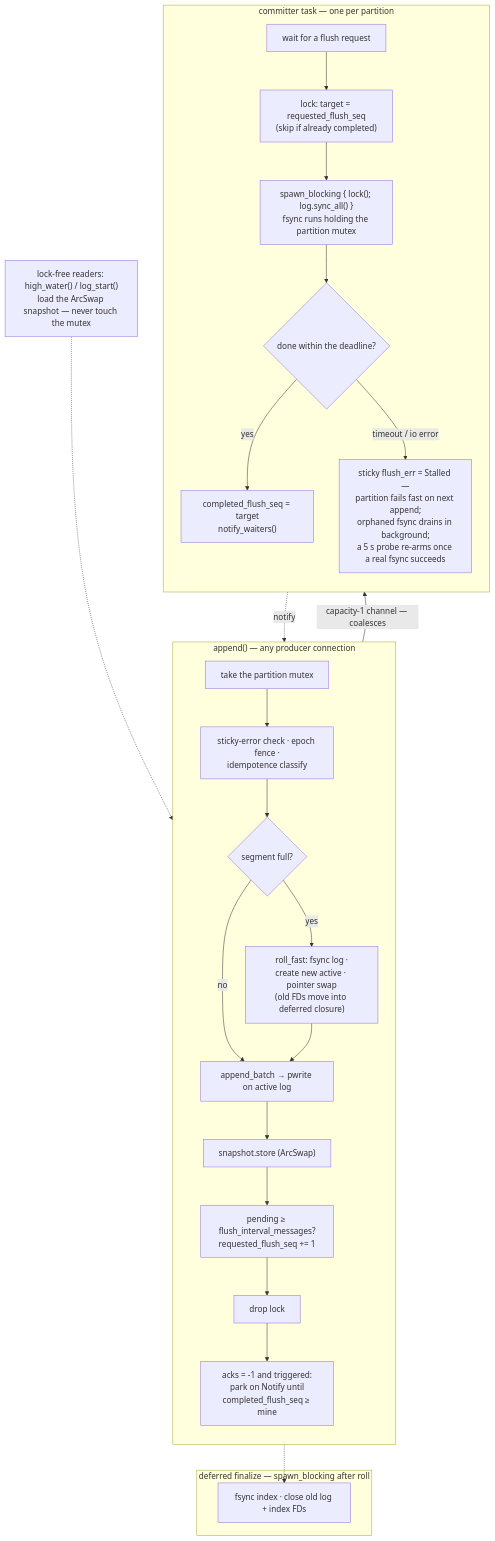
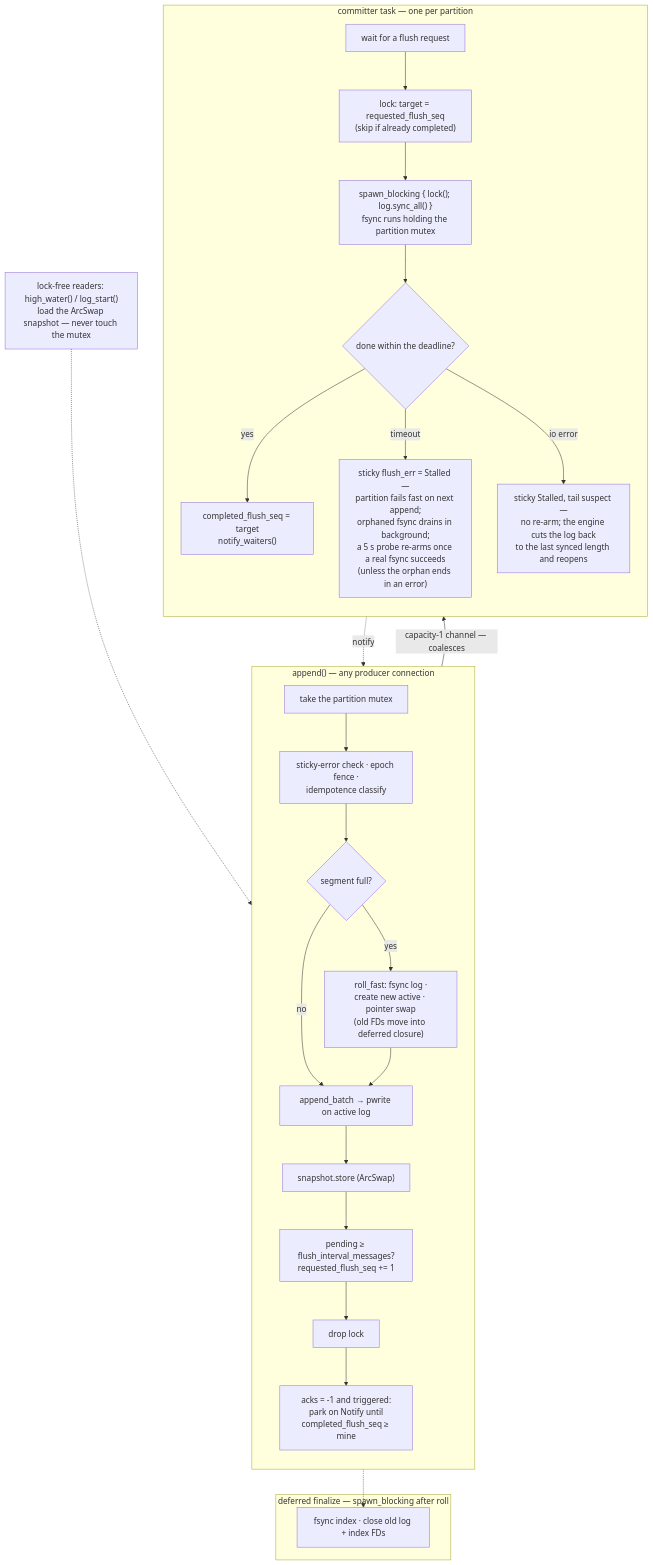
One commit to kaas-rs/kaas-broker changed the third of 3 diagrams in docs/src/architecture/storage-hot-path.md. Above: the diagram before and after it, drawn with Mermaid. The commit also changed other lines of this file and 5 other files, not shown here.

````diff
--- a/docs/src/architecture/storage-hot-path.md
+++ b/docs/src/architecture/storage-hot-path.md
@@ -104,33 +104,34 @@
 ```mermaid
 flowchart TB
     subgraph appender["append() — any producer connection"]
         direction TB
         lock["take the partition mutex"] --> classify["sticky-error check · epoch fence ·<br/>idempotence classify"]
         classify --> roll{"segment full?"}
         roll -- yes --> rollfast["roll_fast: fsync log ·<br/>create new active · pointer swap<br/>(old FDs move into deferred closure)"]
         roll -- no --> write
         rollfast --> write["append_batch → pwrite on active log"]
         write --> snap["snapshot.store (ArcSwap)"]
         snap --> trigger["pending ≥ flush_interval_messages?<br/>requested_flush_seq += 1"]
         trigger --> unlock["drop lock"]
         unlock --> wait["acks = -1 and triggered:<br/>park on Notify until<br/>completed_flush_seq ≥ mine"]
     end
 
     subgraph committer["committer task — one per partition"]
         direction TB
         recv["wait for a flush request"] --> target["lock: target = requested_flush_seq<br/>(skip if already completed)"]
         target --> fsync["spawn_blocking { lock(); log.sync_all() }<br/>fsync runs holding the partition mutex"]
         fsync --> watchdog{"done within the deadline?"}
         watchdog -- yes --> ok["completed_flush_seq = target<br/>notify_waiters()"]
-        watchdog -- "timeout / io error" --> dead["sticky flush_err = Stalled —<br/>partition fails fast on next append;<br/>orphaned fsync drains in background;<br/>a 5 s probe re-arms once a real fsync succeeds"]
+        watchdog -- "timeout" --> dead["sticky flush_err = Stalled —<br/>partition fails fast on next append;<br/>orphaned fsync drains in background;<br/>a 5 s probe re-arms once a real fsync succeeds<br/>(unless the orphan ends in an error)"]
+        watchdog -- "io error" --> suspect["sticky Stalled, tail suspect —<br/>no re-arm; the engine cuts the log back<br/>to the last synced length and reopens"]
     end
 
     subgraph deferred["deferred finalize — spawn_blocking after roll"]
         fin["fsync index · close old log + index FDs"]
     end
 
     trigger -- "capacity-1 channel — coalesces" --> recv
     ok -. "notify" .-> wait
     rollfast -.-> fin
     readers["lock-free readers: high_water() / log_start()<br/>load the ArcSwap snapshot — never touch the mutex"] -.-> snap
 ```
````
